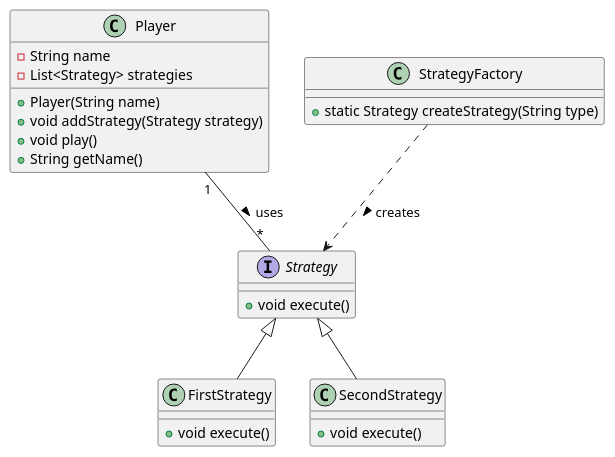
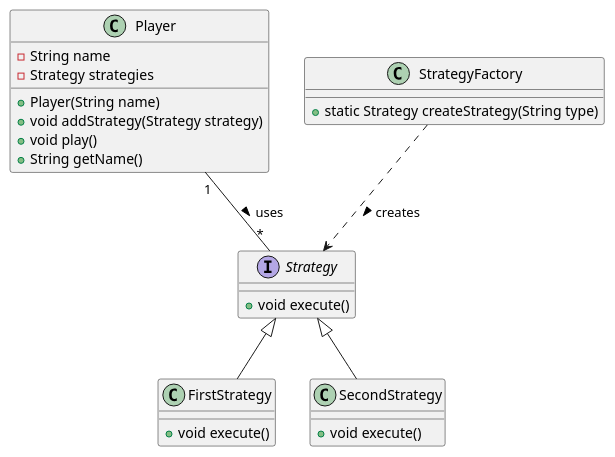
One commit to l3miage-pichouda/prisonners-dilemma-back changed the diagram in uml.wsd. Above: the diagram before and after it, drawn with PlantUML.

Commit message:
diagramme uml

```diff
--- a/uml.wsd
+++ b/uml.wsd
@@ -1,31 +1,31 @@
 @startuml
 class Player {
     - String name
-    - List<Strategy> strategies
+    - Strategy strategies
     + Player(String name)
     + void addStrategy(Strategy strategy)
     + void play()
     + String getName()
 }
 
 interface Strategy {
     + void execute()
 }
 
 class FirstStrategy {
     + void execute()
 }
 
 class SecondStrategy {
     + void execute()
 }
 
 class StrategyFactory {
     + static Strategy createStrategy(String type)
 }
 
 Player "1" -- "*" Strategy : uses >
 Strategy <|-- FirstStrategy
 Strategy <|-- SecondStrategy
 StrategyFactory ..> Strategy : creates >
 @enduml
```
